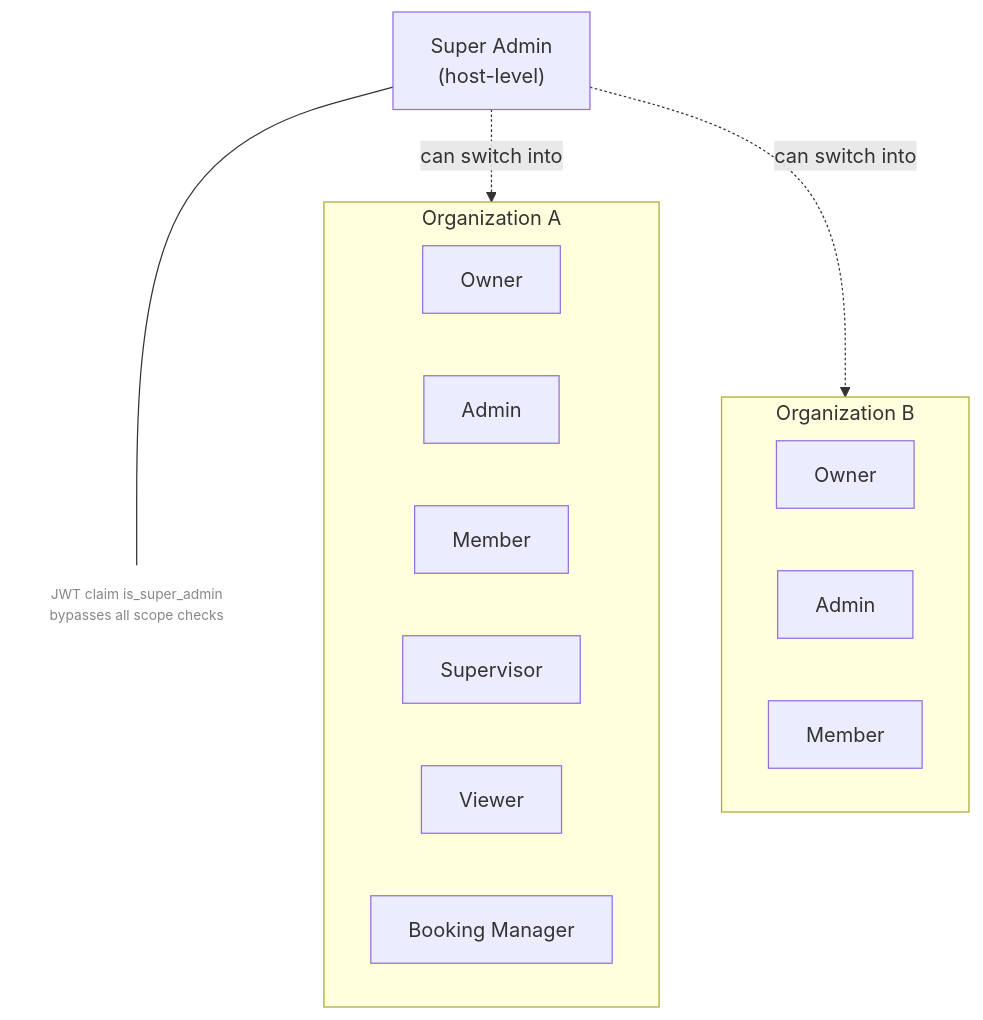
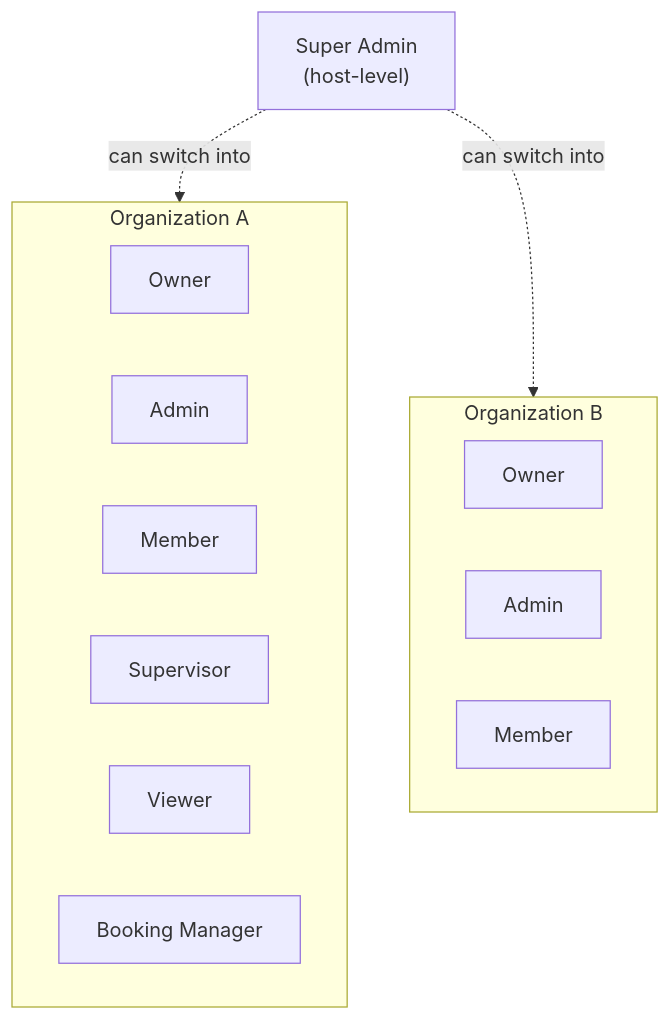
Before and after one commit to Aico-Systems/docs: the second of 3 diagrams in platform/security.mdx, drawn with Mermaid. The commit also changed other lines of this file and 9 other files, not shown here.

````diff
--- a/platform/security.mdx
+++ b/platform/security.mdx
@@ -34,25 +34,22 @@
 ```mermaid
 flowchart TB
     SA["Super Admin<br/>(host-level)"]
-    SA --- note["JWT claim is_super_admin<br/>bypasses all scope checks"]:::note
 
     subgraph OrgA["Organization A"]
         OA["Owner"]
         AA["Admin"]
         MA["Member"]
         SupA["Supervisor"]
         VA["Viewer"]
         BA["Booking Manager"]
     end
 
     subgraph OrgB["Organization B"]
         OB["Owner"]
         AB["Admin"]
         MB["Member"]
     end
 
     SA -. can switch into .-> OrgA
     SA -. can switch into .-> OrgB
-
-    classDef note fill:none,stroke:none,color:#888,font-size:11px
 ```
````
